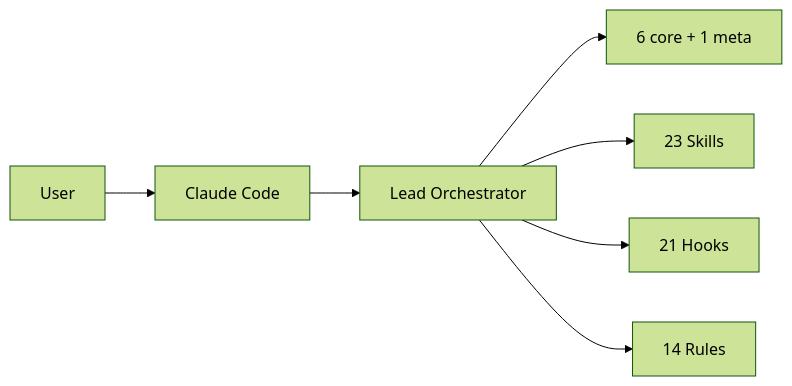
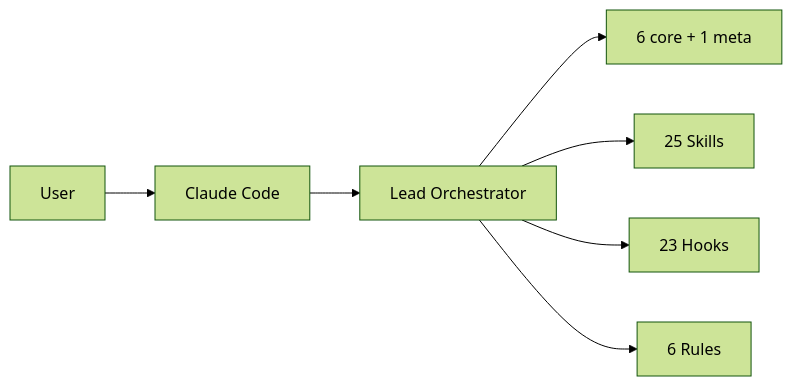
One commit to MaciWP/claude-code-poneglyph changed the first of 2 diagrams in CLAUDE.md. Above: the diagram before and after it, drawn with Mermaid (forest theme). The commit also changed other lines of this file and 51 other files, not shown here.

````diff
--- a/CLAUDE.md
+++ b/CLAUDE.md
@@ -120,9 +120,9 @@
 ```mermaid
 graph LR
     User --> CC[Claude Code]
     CC --> Orch[Lead Orchestrator]
     Orch --> Agents[6 core + 1 meta]
-    Orch --> Skills[23 Skills]
-    Orch --> Hooks[21 Hooks]
-    Orch --> Rules[14 Rules]
+    Orch --> Skills[25 Skills]
+    Orch --> Hooks[23 Hooks]
+    Orch --> Rules[6 Rules]
 ```
````
